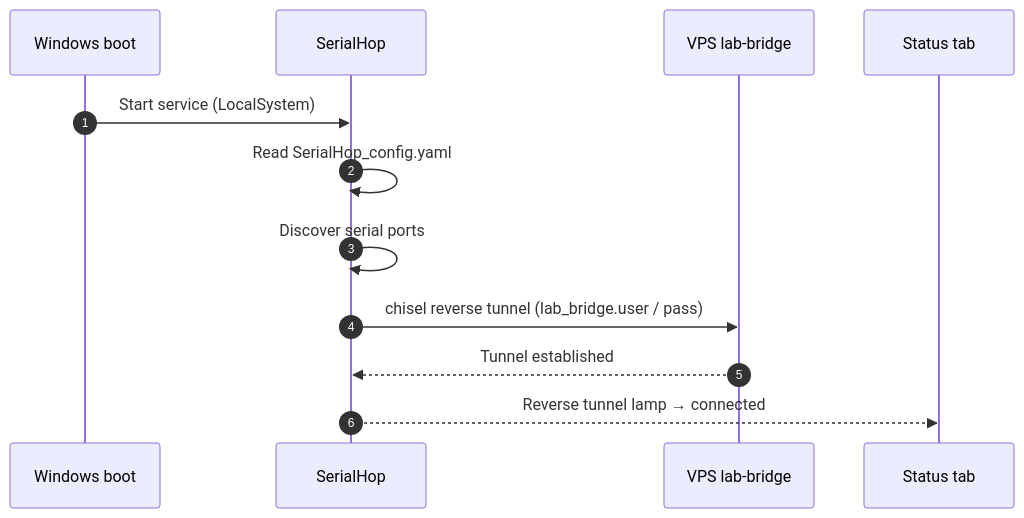
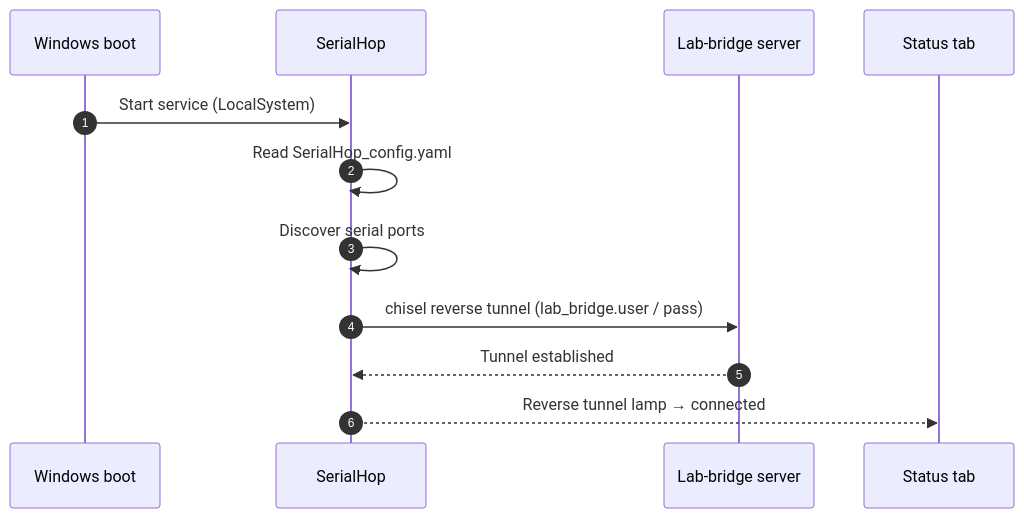
One commit to bioexperiment-lab-devices/lab-bridge changed the diagram in public_docs/operator/setup-lab-pc.md. Above: the diagram before and after it, drawn with Mermaid. The commit also changed other lines of this file and 3 other files, not shown here.

````diff
--- a/public_docs/operator/setup-lab-pc.md
+++ b/public_docs/operator/setup-lab-pc.md
@@ -47,15 +47,15 @@
 ```mermaid
 sequenceDiagram
     autonumber
     participant W as Windows boot
     participant S as SerialHop
-    participant V as VPS lab-bridge
+    participant V as Lab-bridge server
     participant P as Status tab
 
     W->>S: Start service (LocalSystem)
     S->>S: Read SerialHop_config.yaml
     S->>S: Discover serial ports
     S->>V: chisel reverse tunnel (lab_bridge.user / pass)
     V-->>S: Tunnel established
     S-->>P: Reverse tunnel lamp → connected
 ```
````
